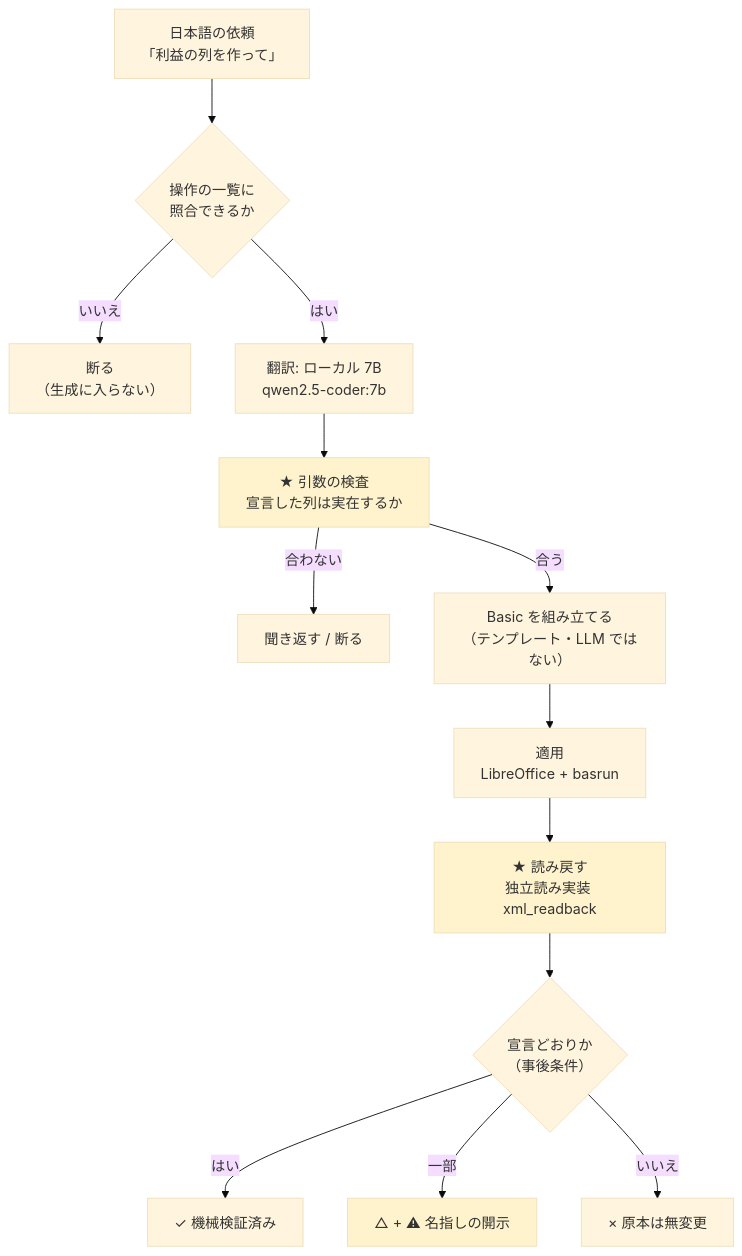
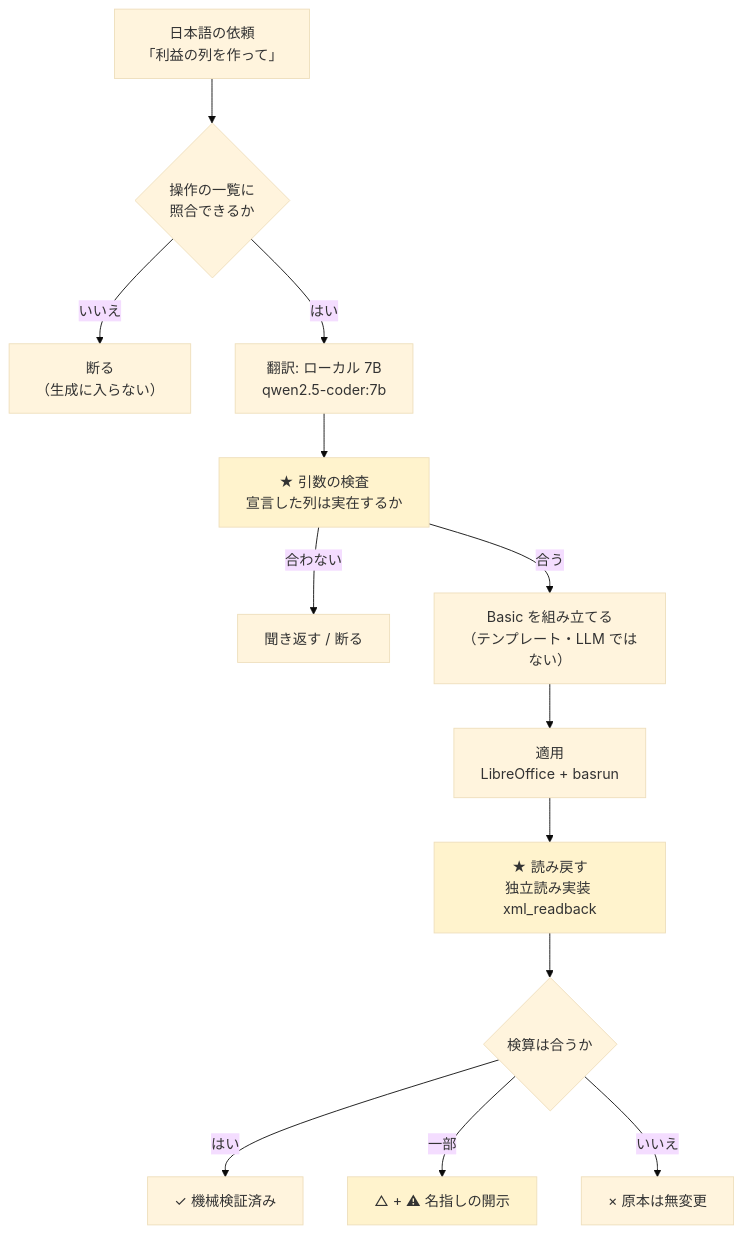
The diagram in README.md (namakoo-dev/ailine), drawn with Mermaid (base theme) before and after one commit. The commit also changed other lines of this file and 7 other files, not shown here.

````diff
--- a/README.md
+++ b/README.md
@@ -370,19 +370,19 @@
 ```mermaid
 flowchart TD
     A["日本語の依頼<br/>「利益の列を作って」"] --> B{"操作の一覧に<br/>照合できるか"}
     B -- いいえ --> R["断る<br/>（生成に入らない）"]
     B -- はい --> C["翻訳: ローカル 7B<br/>qwen2.5-coder:7b"]
     C --> D["★ 引数の検査<br/>宣言した列は実在するか"]
     D -- 合わない --> R2["聞き返す / 断る"]
     D -- 合う --> E["Basic を組み立てる<br/>（テンプレート・LLM ではない）"]
     E --> F["適用<br/>LibreOffice + basrun"]
     F --> G["★ 読み戻す<br/>独立読み実装 xml_readback"]
-    G --> H{"宣言どおりか<br/>（事後条件）"}
+    G --> H{"検算は合うか"}
     H -- はい --> I["✓ 機械検証済み"]
     H -- 一部 --> J["△ + ⚠ 名指しの開示"]
     H -- いいえ --> K["× 原本は無変更"]
 
     style D fill:#fff3cd
     style G fill:#fff3cd
     style J fill:#fff3cd
 ```
````
